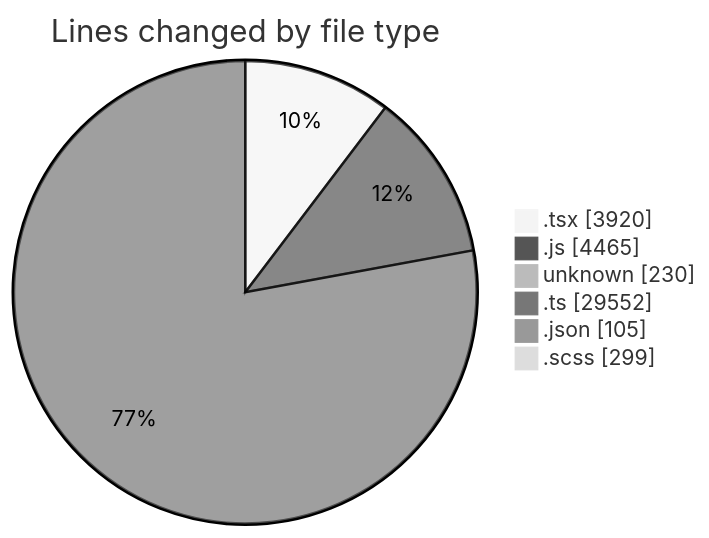
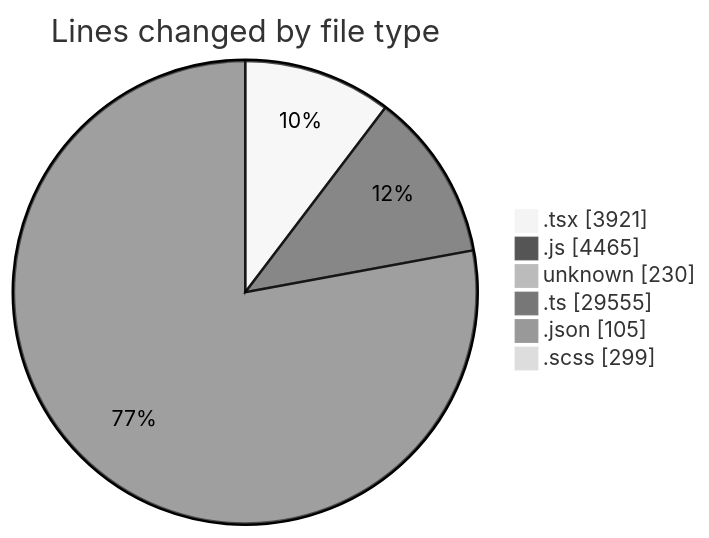
One commit to momahboobian/code-tracking changed the first of 2 diagrams in 2026-05-06/cda/README.md. Above: the diagram before and after it, drawn with Mermaid (neutral theme). The commit also changed other lines of this file and 1 other file, not shown here.

````diff
--- a/2026-05-06/cda/README.md
+++ b/2026-05-06/cda/README.md
@@ -90,10 +90,10 @@
 ```mermaid
 pie showData
 title Lines changed by file type
-".tsx" : 3920
+".tsx" : 3921
 ".js" : 4465
 "unknown" : 230
-".ts" : 29552
+".ts" : 29555
 ".json" : 105
 ".scss" : 299
 ```
````
